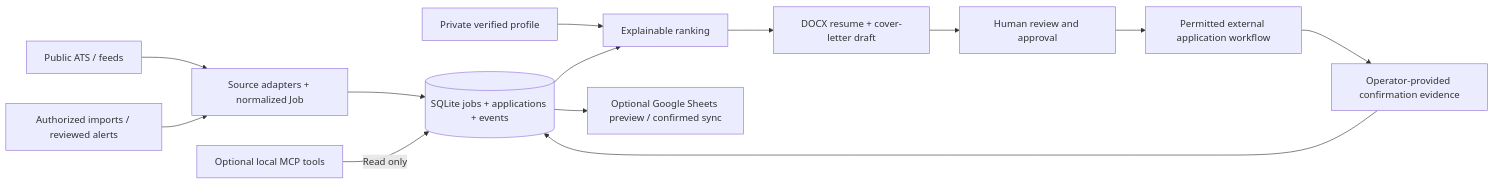
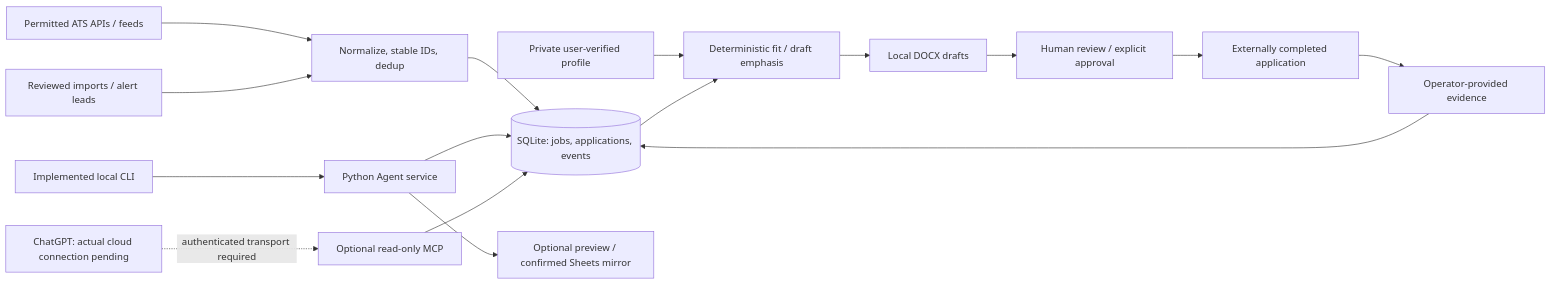
Before and after one commit to aryanramz/internship-agent: the diagram in docs/ARCHITECTURE.md, drawn with Mermaid. The commit also changed other lines of this file and 14 other files, not shown here.

Commit message:
docs: reconcile master roadmap and evidence-based release gates

````diff
--- a/docs/ARCHITECTURE.md
+++ b/docs/ARCHITECTURE.md
@@ -7,14 +29,18 @@
 ```mermaid
 flowchart LR
-    Sources[Public ATS / feeds] --> Adapter[Source adapters + normalized Job]
-    Imports[Authorized imports / reviewed alerts] --> Adapter
-    Adapter --> Store[(SQLite jobs + applications + events)]
-    Profile[Private verified profile] --> Score[Explainable ranking]
-    Store --> Score --> Draft[DOCX resume + cover-letter draft]
-    Draft --> Human[Human review and approval]
-    Human --> External[Permitted external application workflow]
-    External --> Evidence[Operator-provided confirmation evidence]
-    Evidence --> Store
-    Store --> Sheets[Optional Google Sheets preview / confirmed sync]
-    MCP[Optional local MCP tools] -->|Read only| Store
+    Public[Permitted ATS APIs / feeds] --> Ingest[Normalize, stable IDs, dedup]
+    Import[Reviewed imports / alert leads] --> Ingest
+    Ingest --> Ledger[(SQLite: jobs, applications, events)]
+    CLI[Implemented local CLI] --> Agent[Python Agent service]
+    Agent --> Ledger
+    Facts[Private user-verified profile] --> Fit[Deterministic fit / draft emphasis]
+    Ledger --> Fit
+    Fit --> Draft[Local DOCX drafts]
+    Draft --> Human[Human review / explicit approval]
+    Human --> External[Externally completed application]
+    External --> Evidence[Operator-provided evidence]
+    Evidence --> Ledger
+    Agent --> Sheets[Optional preview / confirmed Sheets mirror]
+    MCP[Optional read-only MCP] --> Ledger
+    Chat[ChatGPT: actual cloud connection pending] -. authenticated transport required .-> MCP
 ```
````
